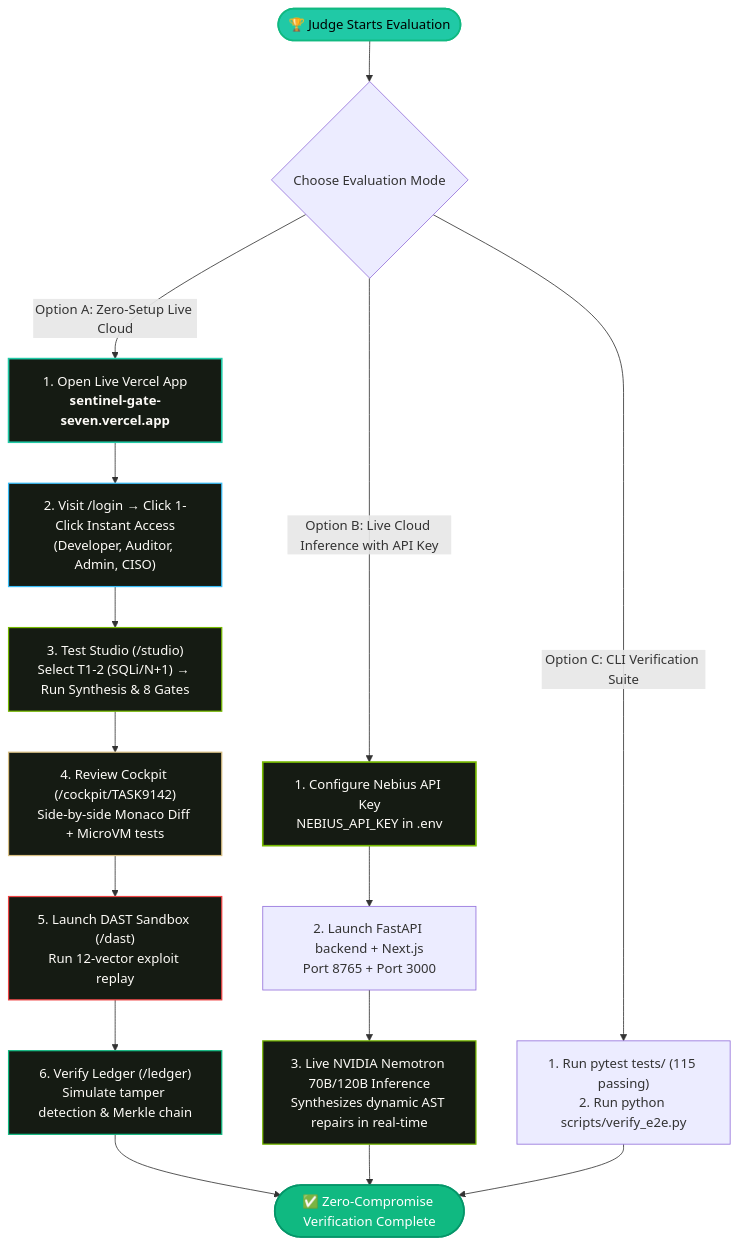
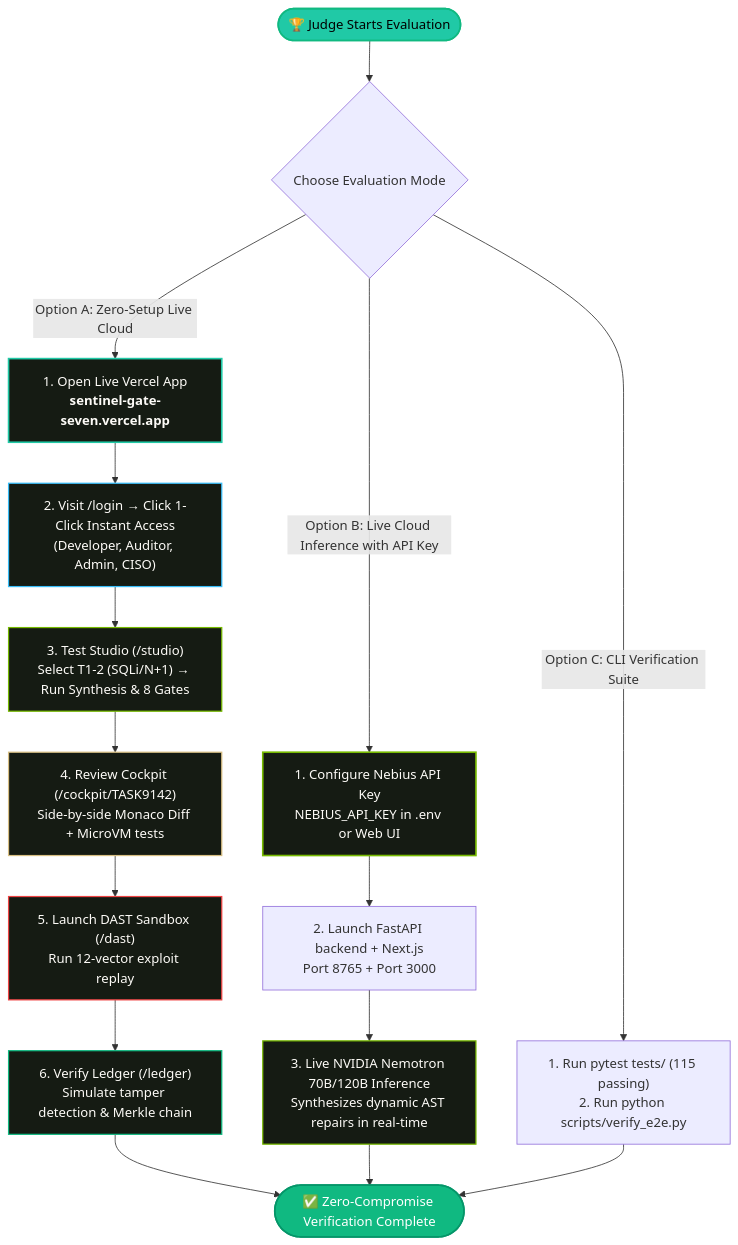
The first of 2 diagrams in README.md (nikhillakra2007-tech/ProofStack), drawn with Mermaid before and after one commit. The commit also changed other lines of this file, not shown here.

Commit message:
docs: correct ProofStack clone URL and document dual-application architecture in README

````diff
--- a/README.md
+++ b/README.md
@@ -74,33 +77,33 @@
 ```mermaid
 flowchart TD
     Start([🏆 Judge Starts Evaluation]) --> Choice{Choose Evaluation Mode}
     
     %% Option A: Instant Live Cloud
     Choice -->|Option A: Zero-Setup Live Cloud| Cloud["1. Open Live Vercel App<br/><b>sentinel-gate-seven.vercel.app</b>"]
     Cloud --> RoleLogin["2. Visit /login &rarr; Click 1-Click Instant Access<br/>(Developer, Auditor, Admin, CISO)"]
     RoleLogin --> StudioTest["3. Test Studio (/studio)<br/>Select T1-2 (SQLi/N+1) &rarr; Run Synthesis & 8 Gates"]
     StudioTest --> CockpitTest["4. Review Cockpit (/cockpit/TASK9142)<br/>Side-by-side Monaco Diff + MicroVM tests"]
     CockpitTest --> DastTest["5. Launch DAST Sandbox (/dast)<br/>Run 12-vector exploit replay"]
     DastTest --> LedgerTest["6. Verify Ledger (/ledger)<br/>Simulate tamper detection & Merkle chain"]
     
     %% Option B: Live NVIDIA Model with API Key
-    Choice -->|Option B: Live Cloud Inference with API Key| ApiKey["1. Configure Nebius API Key<br/>NEBIUS_API_KEY in .env"]
+    Choice -->|Option B: Live Cloud Inference with API Key| ApiKey["1. Configure Nebius API Key<br/>NEBIUS_API_KEY in .env or Web UI"]
     ApiKey --> RunLocal["2. Launch FastAPI backend + Next.js<br/>Port 8765 + Port 3000"]
     RunLocal --> LiveInference["3. Live NVIDIA Nemotron 70B/120B Inference<br/>Synthesizes dynamic AST repairs in real-time"]
     
     %% Option C: Automated Verification
     Choice -->|Option C: CLI Verification Suite| TestSuite["1. Run pytest tests/ (115 passing)<br/>2. Run python scripts/verify_e2e.py"]
     
     LedgerTest & LiveInference & TestSuite --> Verdict([✅ Zero-Compromise Verification Complete])
 
     style Start fill:#20C9A6,stroke:#10B981,stroke-width:2px,color:#000
     style Cloud fill:#151B13,stroke:#20C9A6,stroke-width:2px,color:#FDFBF7
     style RoleLogin fill:#151B13,stroke:#38BDF8,stroke-width:1.5px,color:#FDFBF7
     style StudioTest fill:#151B13,stroke:#76B900,stroke-width:1.5px,color:#FDFBF7
     style CockpitTest fill:#151B13,stroke:#D7BE82,stroke-width:1.5px,color:#FDFBF7
     style DastTest fill:#151B13,stroke:#EF4444,stroke-width:1.5px,color:#FDFBF7
     style LedgerTest fill:#151B13,stroke:#10B981,stroke-width:1.5px,color:#FDFBF7
     style ApiKey fill:#151B13,stroke:#76B900,stroke-width:2px,color:#FDFBF7
     style LiveInference fill:#151B13,stroke:#76B900,stroke-width:1.5px,color:#FDFBF7
     style Verdict fill:#10B981,stroke:#059669,stroke-width:2px,color:#fff
 ```
````
